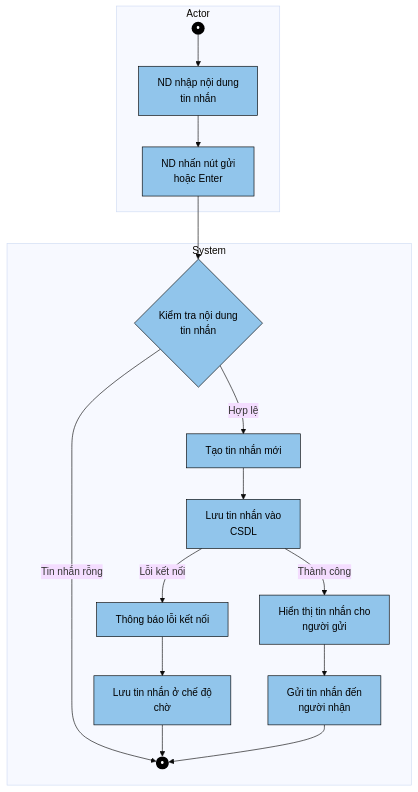
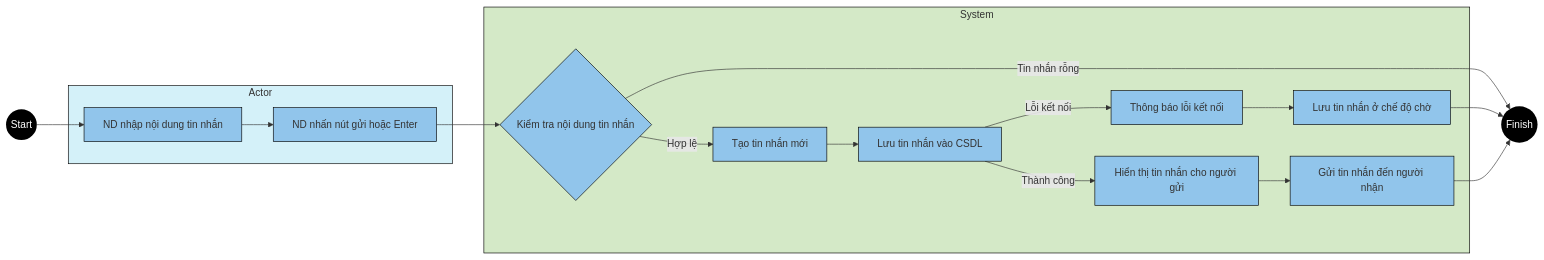
The diagram in README.md (GiaHuyyy/21032471_ToVuGiaHuy_Tuan7), drawn with Mermaid before and after one commit.

````diff
--- a/README.md
+++ b/README.md
@@ -1,35 +1,44 @@
 ```mermaid
-%%{init: { 'theme': 'base', 'themeVariables': { 'primaryBorderColor': '#aaaaaa', 'activityBorderColor': '#aaaaaa' } } }%%
-flowchart TD
-    subgraph Actor
-        Start((•)) --> A1[ND nhập nội dung<br>tin nhắn]
-        A1 --> A2[ND nhấn nút gửi<br>hoặc Enter]
+flowchart LR
+    Start((Start)) --> A1
+    
+    subgraph Actor["Actor"]
+        A1[ND nhập nội dung tin nhắn] --> A2
+        A2[ND nhấn nút gửi hoặc Enter]
     end
     
-    subgraph System
-        A2 --> B1{Kiểm tra nội dung<br>tin nhắn}
-        B1 -->|Tin nhắn rỗng| Finish
-        B1 -->|Hợp lệ| B2[Tạo tin nhắn mới]
-        B2 --> B3[Lưu tin nhắn vào<br>CSDL]
-        
-        B3 -->|Lỗi kết nối| B4[Thông báo lỗi kết nối]
-        B4 --> B5[Lưu tin nhắn ở chế độ<br>chờ]
-        B5 --> Finish
-        
-        B3 -->|Thành công| B6[Hiển thị tin nhắn cho<br>người gửi]
-        B6 --> B7[Gửi tin nhắn đến<br>người nhận]
-        B7 --> Finish
-        
-        Finish((•))
+    subgraph System["System"]
+        B1{Kiểm tra nội dung tin nhắn}
+        B2[Tạo tin nhắn mới]
+        B3[Lưu tin nhắn vào CSDL]
+        B4[Thông báo lỗi kết nối]
+        B5[Lưu tin nhắn ở chế độ chờ]
+        B6[Hiển thị tin nhắn cho người gửi]
+        B7[Gửi tin nhắn đến người nhận]
     end
     
-    classDef actorNode fill:#91c5eb,stroke:#000,stroke-width:1px,color:#000,border-radius:15px
-    classDef systemNode fill:#91c5eb,stroke:#000,stroke-width:1px,color:#000,border-radius:15px
-    classDef decisionNode fill:#91c5eb,stroke:#000,stroke-width:1px,color:#000,border-radius:0px
-    classDef startEndNode fill:#000,stroke:none,color:#fff
+    A2 --> B1
+    B1 -->|Tin nhắn rỗng| Finish
+    B1 -->|Hợp lệ| B2
+    B2 --> B3
+    B3 -->|Lỗi kết nối| B4
+    B4 --> B5
+    B5 --> Finish
+    B3 -->|Thành công| B6
+    B6 --> B7
+    B7 --> Finish
     
+    Finish((Finish))
+    
+    classDef actorGroup fill:#d4f1f9,stroke:#000,stroke-width:1px
+    classDef systemGroup fill:#d4e9c7,stroke:#000,stroke-width:1px
+    classDef actorNode fill:#91c5eb,stroke:#000,stroke-width:1px
+    classDef systemNode fill:#91c5eb,stroke:#000,stroke-width:1px
+    classDef startEnd fill:#000,stroke:none,color:#fff
+    
+    class Actor actorGroup
+    class System systemGroup
     class A1,A2 actorNode
-    class B2,B3,B4,B5,B6,B7 systemNode
-    class B1 decisionNode
-    class Start,Finish startEndNode
+    class B1,B2,B3,B4,B5,B6,B7 systemNode
+    class Start,Finish startEnd
 ```
````
